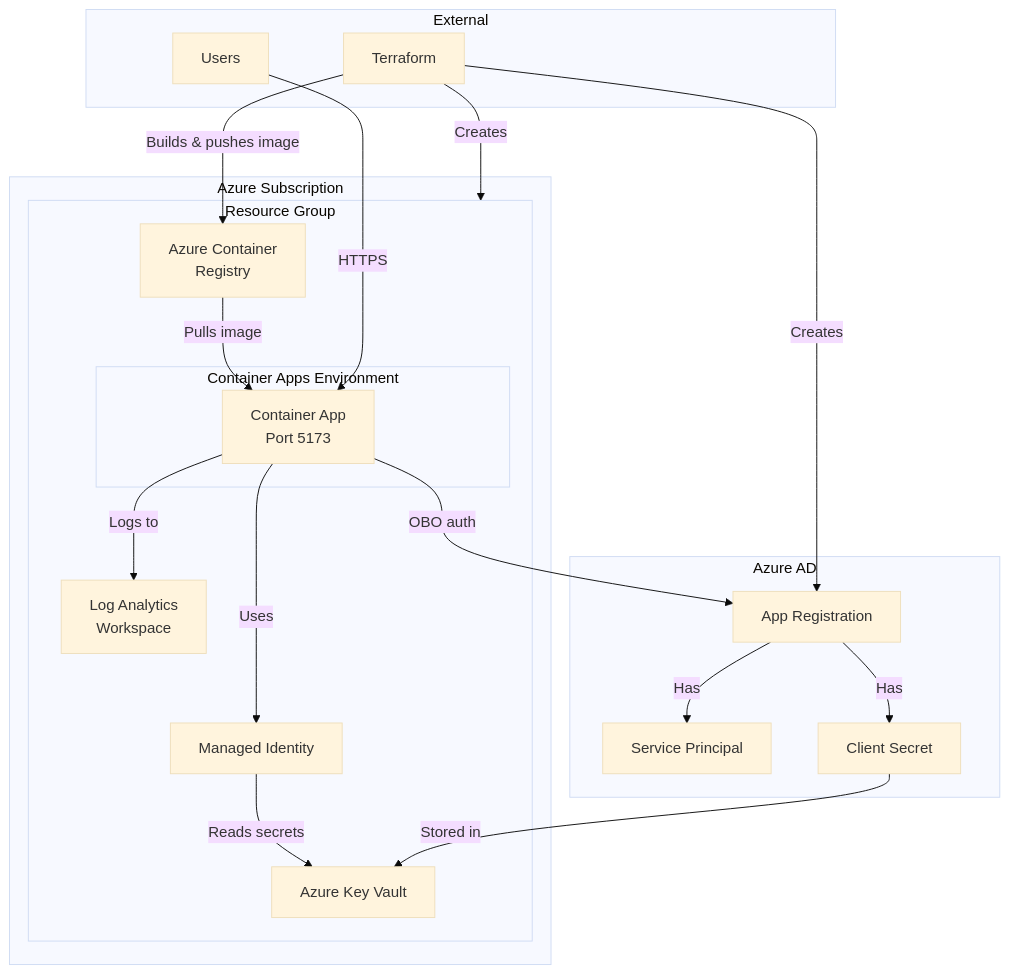
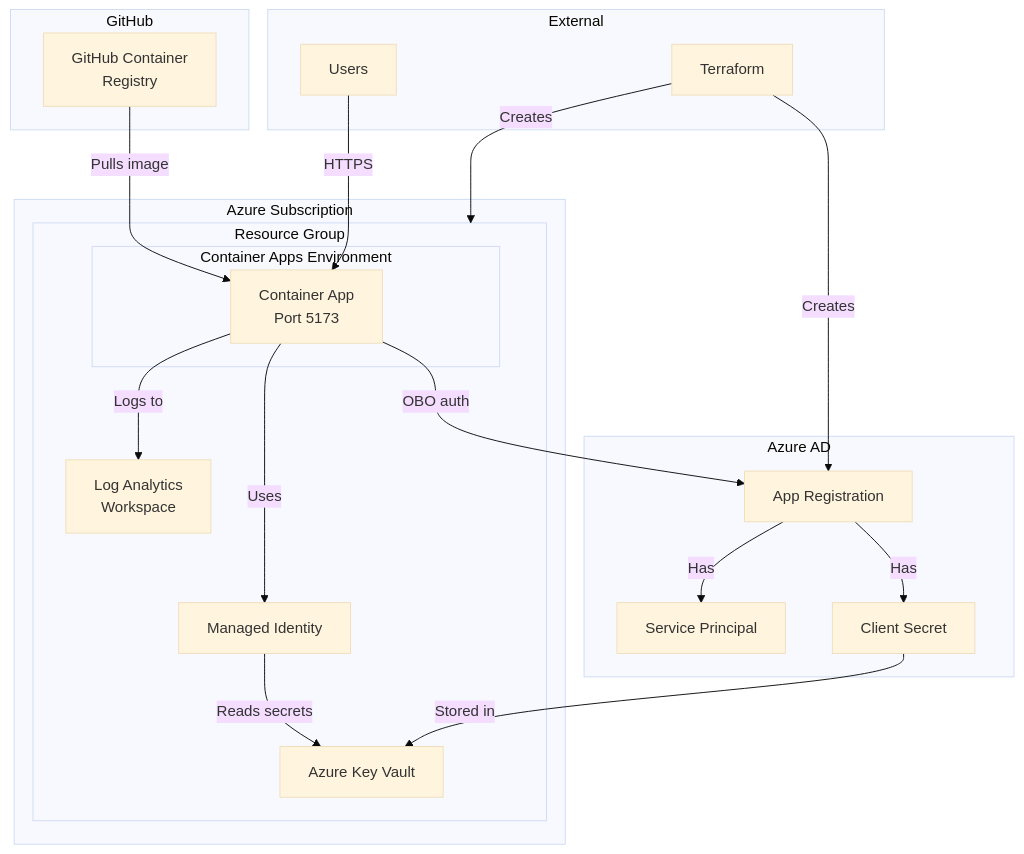
The first of 7 diagrams in terraform/README.md (Jandev/azure-feature-toggle-product), drawn with Mermaid (base theme) before and after one commit. The commit also changed other lines of this file and 6 other files, not shown here.

First line of the commit message:
Remove ACR, use GitHub Container Registry exclusively

````diff
--- a/terraform/README.md
+++ b/terraform/README.md
@@ -22,39 +23,41 @@
 ```mermaid
 graph TB
     subgraph "Azure Subscription"
         subgraph RG["Resource Group"]
             subgraph "Container Apps Environment"
                 CA[Container App<br/>Port 5173]
             end
             
-            ACR[Azure Container<br/>Registry]
             KV[Azure Key Vault]
             LOG[Log Analytics<br/>Workspace]
             MI[Managed Identity]
         end
+    end
+
+    subgraph "GitHub"
+        GHCR[GitHub Container<br/>Registry]
     end
 
     subgraph "Azure AD"
         APP[App Registration]
         SP[Service Principal]
         SEC[Client Secret]
     end
 
     subgraph "External"
         USER[Users]
         TF[Terraform]
     end
 
     TF -->|Creates| RG
     TF -->|Creates| APP
-    TF -->|Builds & pushes image| ACR
-    ACR -->|Pulls image| CA
+    GHCR -->|Pulls image| CA
     MI -->|Reads secrets| KV
     CA -->|Uses| MI
     CA -->|Logs to| LOG
     SEC -->|Stored in| KV
     APP -->|Has| SP
     APP -->|Has| SEC
     USER -->|HTTPS| CA
     CA -->|OBO auth| APP
 ```
````
